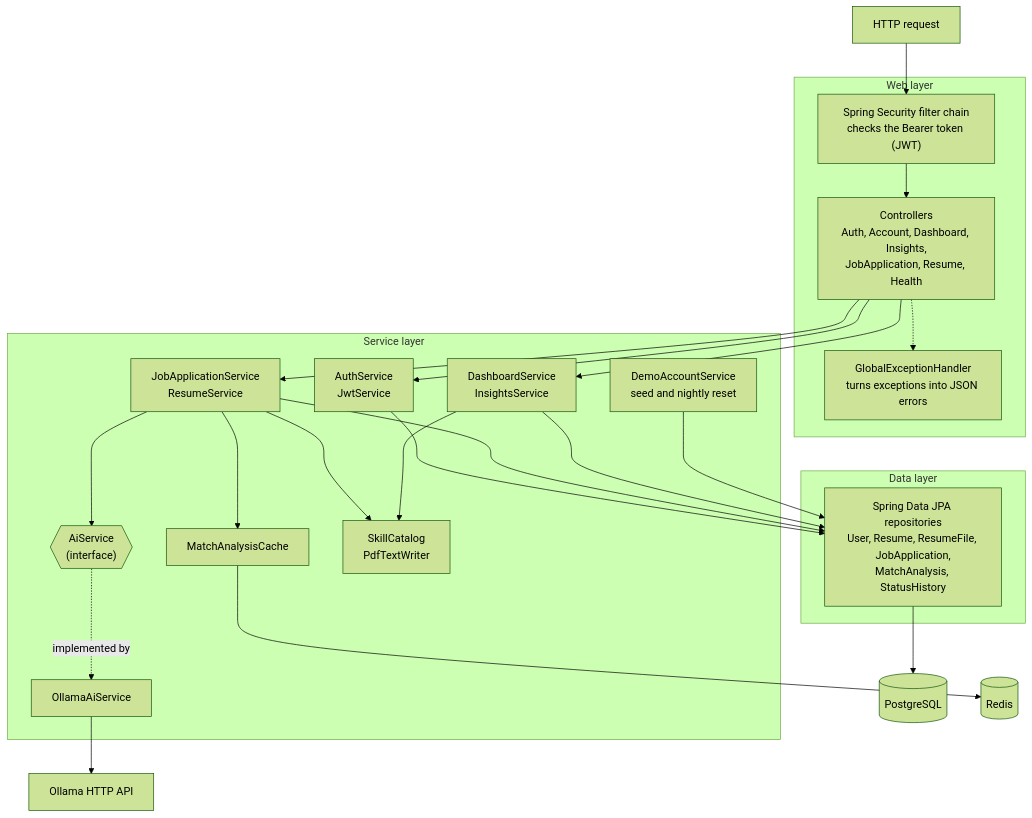
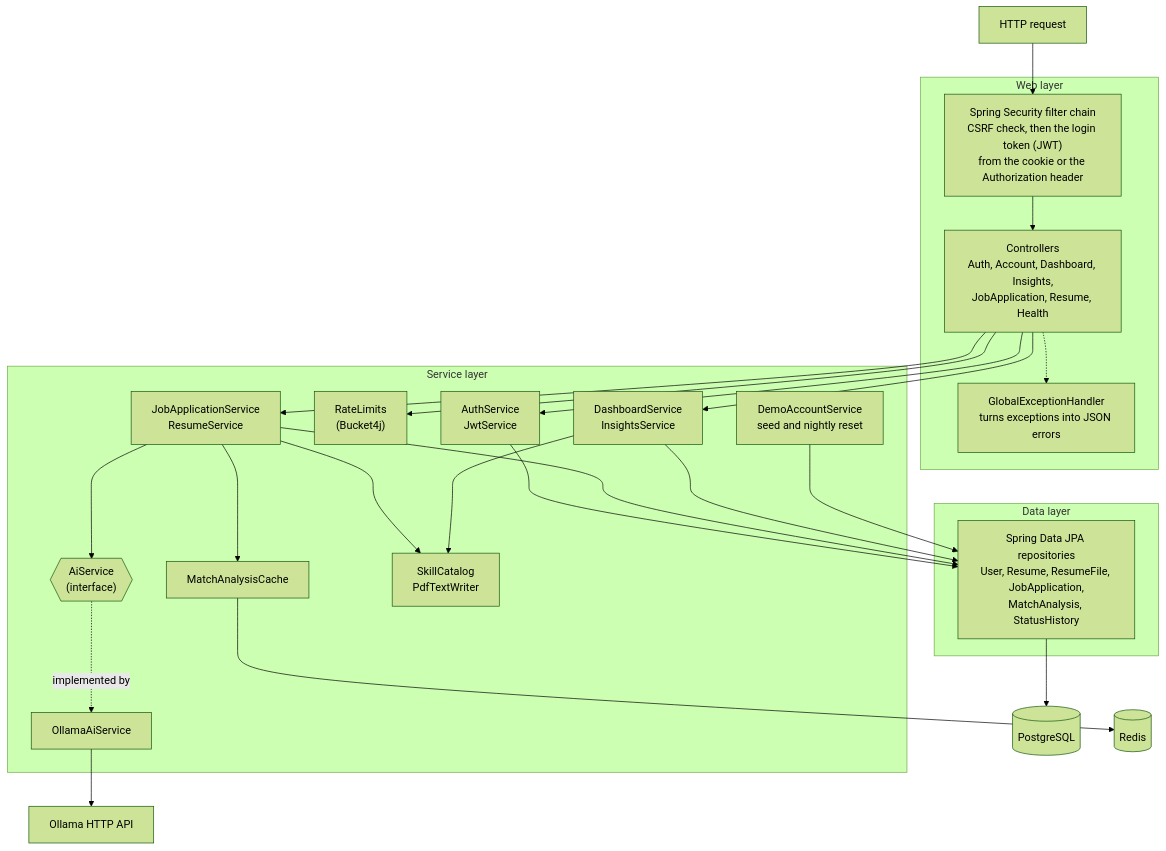
The third of 9 diagrams in docs/ARCHITECTURE.md (Jatin1Mathur/job-application-assistant), drawn with Mermaid (forest theme) before and after one commit. The commit also changed other lines of this file and 41 other files, not shown here.

First line of the commit message:
Harden the login, add rate limits, Testcontainers and code splitting

````diff
--- a/docs/ARCHITECTURE.md
+++ b/docs/ARCHITECTURE.md
@@ -81,43 +81,45 @@
 ```mermaid
 flowchart TB
     Request["HTTP request"] --> Security
 
     subgraph Web["Web layer"]
-        Security["Spring Security filter chain<br/>checks the Bearer token (JWT)"]
+        Security["Spring Security filter chain<br/>CSRF check, then the login token (JWT)<br/>from the cookie or the Authorization header"]
         Controllers["Controllers<br/>Auth, Account, Dashboard, Insights,<br/>JobApplication, Resume, Health"]
         Errors["GlobalExceptionHandler<br/>turns exceptions into JSON errors"]
     end
 
     subgraph Services["Service layer"]
         AuthService["AuthService<br/>JwtService"]
+        Limits["RateLimits<br/>(Bucket4j)"]
         AppService["JobApplicationService<br/>ResumeService"]
         ReadServices["DashboardService<br/>InsightsService"]
         Demo["DemoAccountService<br/>seed and nightly reset"]
         Cache["MatchAnalysisCache"]
         AiInterface{{"AiService<br/>(interface)"}}
         Ollama["OllamaAiService"]
         Helpers["SkillCatalog<br/>PdfTextWriter"]
     end
 
     subgraph Data["Data layer"]
         Repos["Spring Data JPA repositories<br/>User, Resume, ResumeFile, JobApplication,<br/>MatchAnalysis, StatusHistory"]
     end
 
     Security --> Controllers
     Controllers --> AuthService
+    Controllers --> Limits
     Controllers --> AppService
     Controllers --> ReadServices
     Controllers -.-> Errors
     AppService --> Cache
     AppService --> AiInterface
     AiInterface -.->|"implemented by"| Ollama
     AppService --> Helpers
     ReadServices --> Helpers
     AuthService --> Repos
     AppService --> Repos
     ReadServices --> Repos
     Demo --> Repos
     Repos --> DB[("PostgreSQL")]
     Cache --> RedisDB[("Redis")]
     Ollama --> OllamaServer["Ollama HTTP API"]
 ```
````
